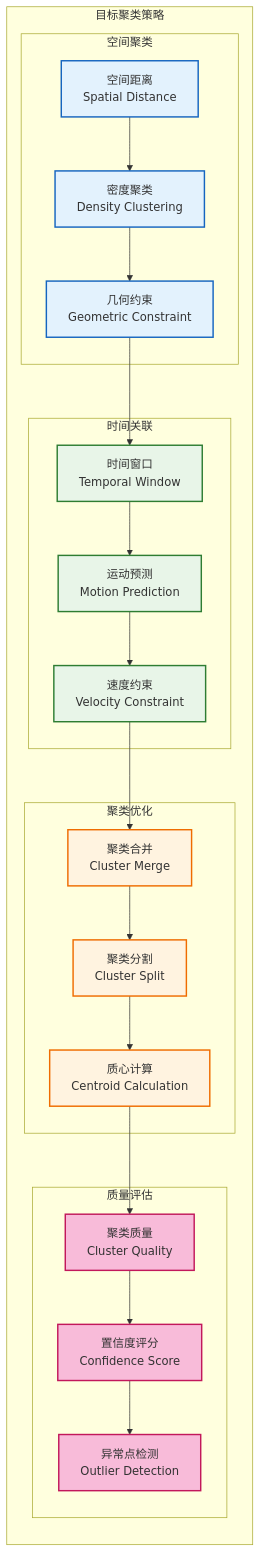
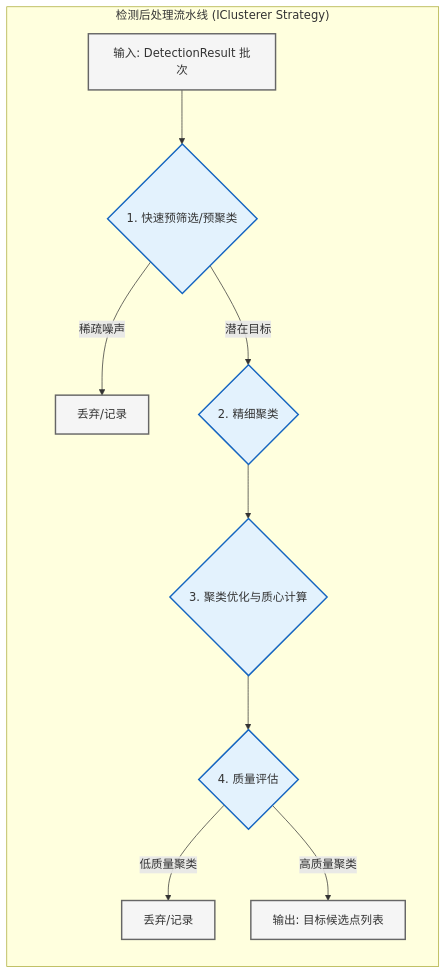
The fourth of 7 diagrams in docs/01_项目设计/02_模块设计/03_数据处理模块设计.md (wendizhou99-cell/Radar), drawn with Mermaid before and after one commit. The commit also changed other lines of this file and 7 other files, not shown here.

````diff
--- a/docs/01_项目设计/02_模块设计/03_数据处理模块设计.md
+++ b/docs/01_项目设计/02_模块设计/03_数据处理模块设计.md
@@ -358,56 +272,19 @@
 ```mermaid
-graph TB
-    subgraph "目标聚类策略"
+flowchart TB
+    subgraph "检测后处理流水线 (IClusterer Strategy)"
         direction TB
 
-        subgraph "空间聚类"
-            SPATIAL_DISTANCE[空间距离<br/>Spatial Distance]
-            DENSITY_CLUSTER[密度聚类<br/>Density Clustering]
-            GEOMETRIC_CONSTRAINT[几何约束<br/>Geometric Constraint]
-        end
-
-        subgraph "时间关联"
-            TEMPORAL_WINDOW[时间窗口<br/>Temporal Window]
-            MOTION_PREDICT[运动预测<br/>Motion Prediction]
-            VELOCITY_CONSTRAINT[速度约束<br/>Velocity Constraint]
-        end
-
-        subgraph "聚类优化"
-            CLUSTER_MERGE[聚类合并<br/>Cluster Merge]
-            CLUSTER_SPLIT[聚类分割<br/>Cluster Split]
-            CENTROID_CALC[质心计算<br/>Centroid Calculation]
-        end
-
-        subgraph "质量评估"
-            CLUSTER_QUALITY[聚类质量<br/>Cluster Quality]
-            CONFIDENCE_SCORE[置信度评分<br/>Confidence Score]
-            OUTLIER_DETECT[异常点检测<br/>Outlier Detection]
-        end
-
-        %% 聚类流程
-        SPATIAL_DISTANCE --> DENSITY_CLUSTER
-        DENSITY_CLUSTER --> GEOMETRIC_CONSTRAINT
-        GEOMETRIC_CONSTRAINT --> TEMPORAL_WINDOW
-
-        TEMPORAL_WINDOW --> MOTION_PREDICT
-        MOTION_PREDICT --> VELOCITY_CONSTRAINT
-        VELOCITY_CONSTRAINT --> CLUSTER_MERGE
-
-        CLUSTER_MERGE --> CLUSTER_SPLIT
-        CLUSTER_SPLIT --> CENTROID_CALC
-        CENTROID_CALC --> CLUSTER_QUALITY
-
-        CLUSTER_QUALITY --> CONFIDENCE_SCORE
-        CONFIDENCE_SCORE --> OUTLIER_DETECT
+        A[输入: DetectionResult 批次] --> B{1. 快速预筛选/预聚类};
+        B -- "稀疏噪声" --> B_OUT[丢弃/记录];
+        B -- "潜在目标" --> C{2. 精细聚类};
+        C --> D{3. 聚类优化与质心计算};
+        D --> E{4. 质量评估};
+        E -- "低质量聚类" --> E_OUT[丢弃/记录];
+        E -- "高质量聚类" --> F[输出: 目标候选点列表];
     end
 
-    classDef spatial fill:#e3f2fd,stroke:#1565c0,stroke-width:2px
-    classDef temporal fill:#e8f5e8,stroke:#2e7d32,stroke-width:2px
-    classDef optimize fill:#fff3e0,stroke:#ef6c00,stroke-width:2px
-    classDef quality fill:#f8bbd9,stroke:#c2185b,stroke-width:2px
-
-    class SPATIAL_DISTANCE,DENSITY_CLUSTER,GEOMETRIC_CONSTRAINT spatial
-    class TEMPORAL_WINDOW,MOTION_PREDICT,VELOCITY_CONSTRAINT temporal
-    class CLUSTER_MERGE,CLUSTER_SPLIT,CENTROID_CALC optimize
-    class CLUSTER_QUALITY,CONFIDENCE_SCORE,OUTLIER_DETECT quality
+    classDef step fill:#e3f2fd,stroke:#1565c0,stroke-width:2px;
+    classDef out fill:#f5f5f5,stroke:#666,stroke-width:2px;
+    class B,C,D,E step;
+    class A,F,B_OUT,E_OUT out;
 ```
````
